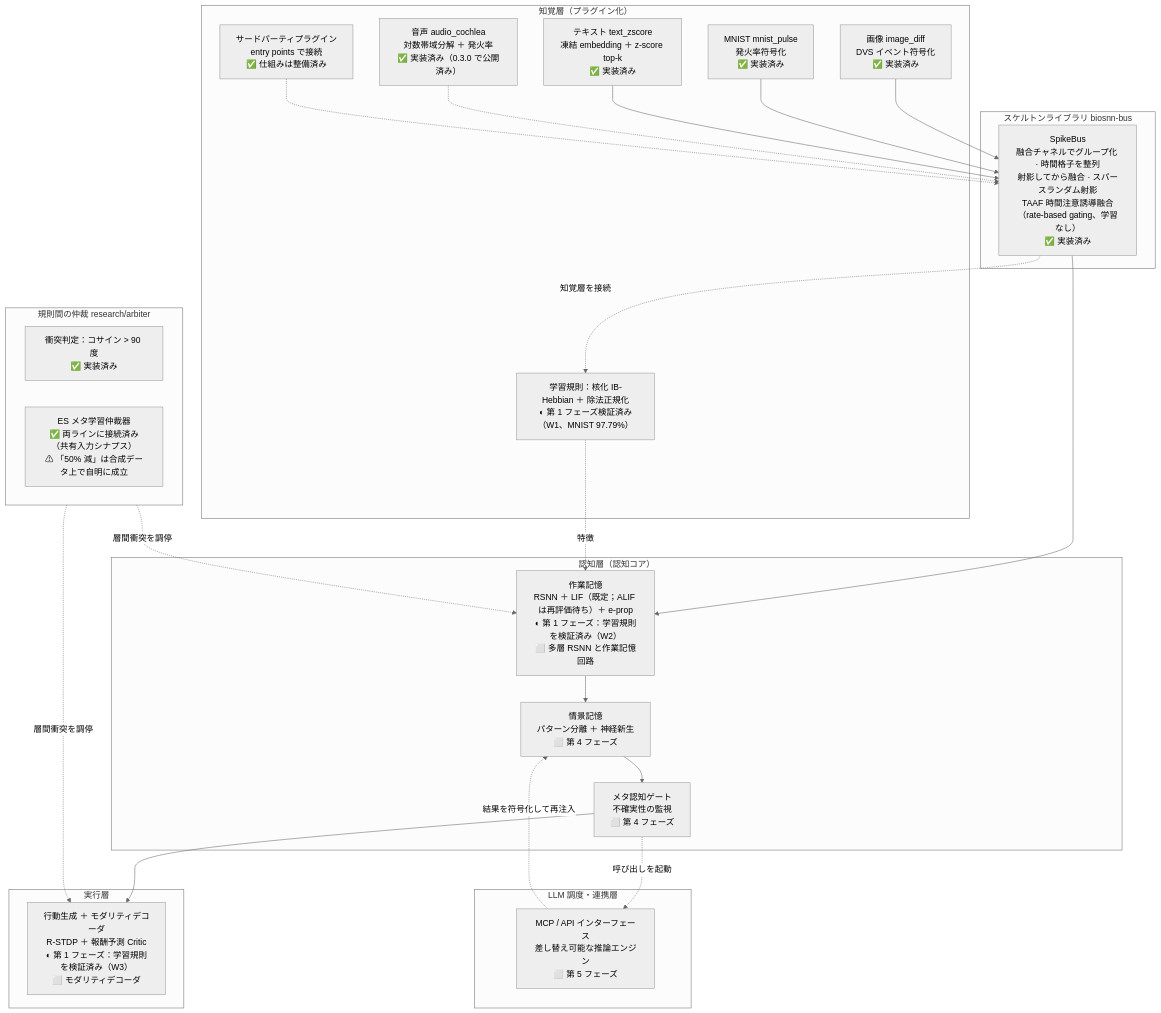
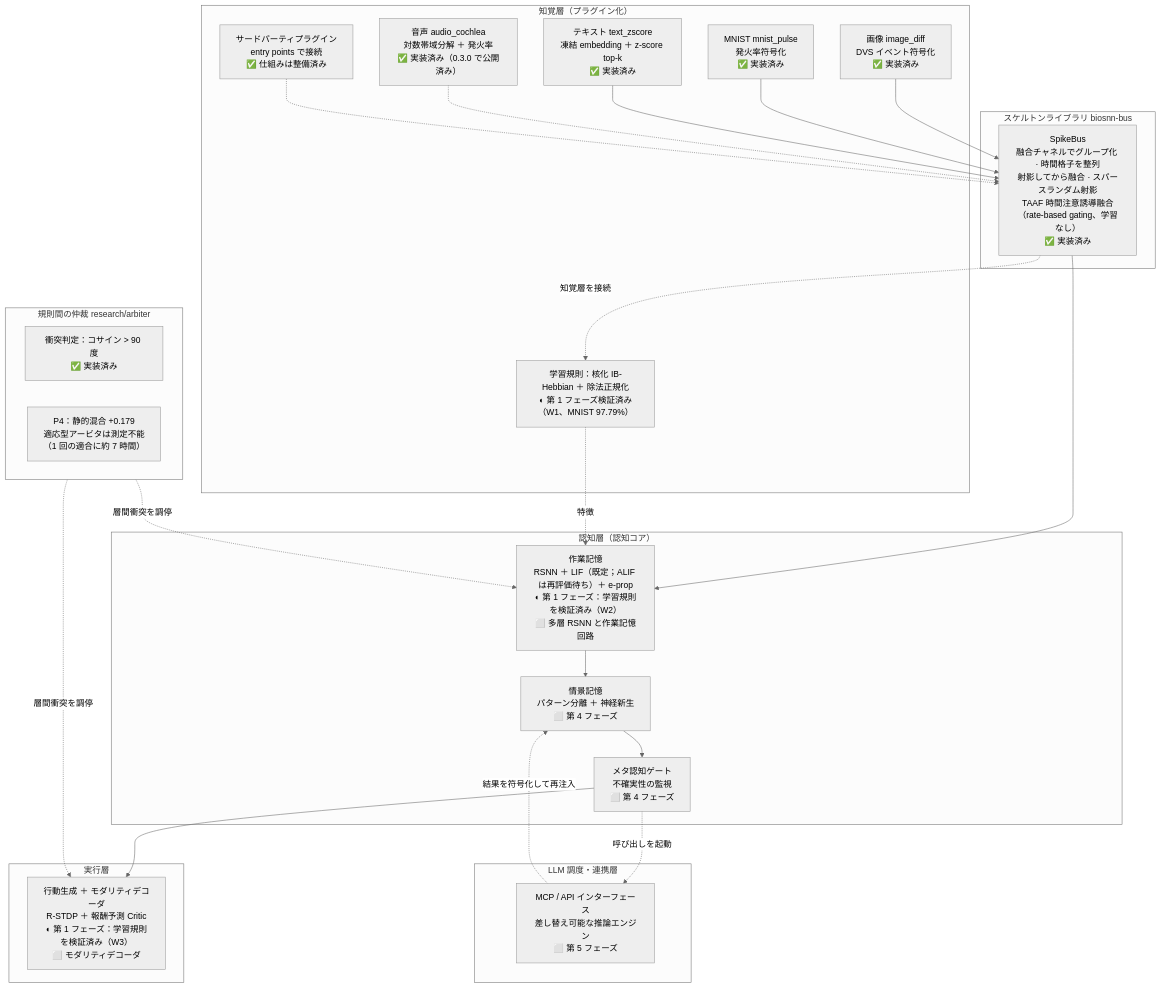
Before and after one commit to lzmd-arch/BioSNN-Plug: the diagram in README.ja.md, drawn with Mermaid (neutral theme). The commit also changed other lines of this file and 4 other files, not shown here.

````diff
--- a/README.ja.md
+++ b/README.ja.md
@@ -130,50 +130,50 @@
 ```mermaid
 flowchart TB
     subgraph L5["LLM 調度・連携層"]
         MCP["MCP / API インターフェース<br/>差し替え可能な推論エンジン<br/>⬜ 第 5 フェーズ"]
     end
 
     subgraph L4["実行層"]
         ACT["行動生成 ＋ モダリティデコーダ<br/>R-STDP ＋ 報酬予測 Critic<br/>◐ 第 1 フェーズ：学習規則を検証済み（W3）<br/>⬜ モダリティデコーダ"]
     end
 
     subgraph L3["認知層（認知コア）"]
         WM["作業記憶<br/>RSNN ＋ LIF（既定；ALIF は再評価待ち）＋ e-prop<br/>◐ 第 1 フェーズ：学習規則を検証済み（W2）<br/>⬜ 多層 RSNN と作業記憶回路"]
         EM["情景記憶<br/>パターン分離 ＋ 神経新生<br/>⬜ 第 4 フェーズ"]
         MG["メタ認知ゲート<br/>不確実性の監視<br/>⬜ 第 4 フェーズ"]
     end
 
     subgraph ARB["規則間の仲裁 research/arbiter"]
         CF["衝突判定：コサイン > 90 度<br/>✅ 実装済み"]
-        ES["ES メタ学習仲裁器<br/>✅ 両ラインに接続済み（共有入力シナプス）<br/>⚠ 「50% 減」は合成データ上で自明に成立"]
+        ES["P4：静的混合 +0.179<br/>適応型アービタは測定不能<br/>（1 回の適合に約 7 時間）"]
     end
 
     subgraph L2["スケルトンライブラリ biosnn-bus"]
         BUS["SpikeBus<br/>融合チャネルでグループ化 · 時間格子を整列<br/>射影してから融合 · スパースランダム射影<br/>TAAF 時間注意誘導融合（rate-based gating、学習なし）<br/>✅ 実装済み"]
     end
 
     subgraph L1["知覚層（プラグイン化）"]
         IMG["画像 image_diff<br/>DVS イベント符号化<br/>✅ 実装済み"]
         MN["MNIST mnist_pulse<br/>発火率符号化<br/>✅ 実装済み"]
         TXT["テキスト text_zscore<br/>凍結 embedding ＋ z-score top-k<br/>✅ 実装済み"]
         AUD["音声 audio_cochlea<br/>対数帯域分解 ＋ 発火率<br/>✅ 実装済み（0.3.0 で公開済み）"]
         THIRD["サードパーティプラグイン<br/>entry points で接続<br/>✅ 仕組みは整備済み"]
         HEB["学習規則：核化 IB-Hebbian ＋ 除法正規化<br/>◐ 第 1 フェーズ検証済み（W1、MNIST 97.79%）"]
     end
 
     IMG --> BUS
     MN --> BUS
     TXT --> BUS
     AUD -.-> BUS
     THIRD -.-> BUS
     BUS --> WM
     BUS -.->|知覚層を接続| HEB
     HEB -.->|特徴| WM
     WM --> EM
     EM --> MG
     MG --> ACT
     MG -.->|呼び出しを起動| MCP
     MCP -.->|結果を符号化して再注入| EM
     ARB -.->|層間衝突を調停| WM
     ARB -.->|層間衝突を調停| ACT
 ```
````
